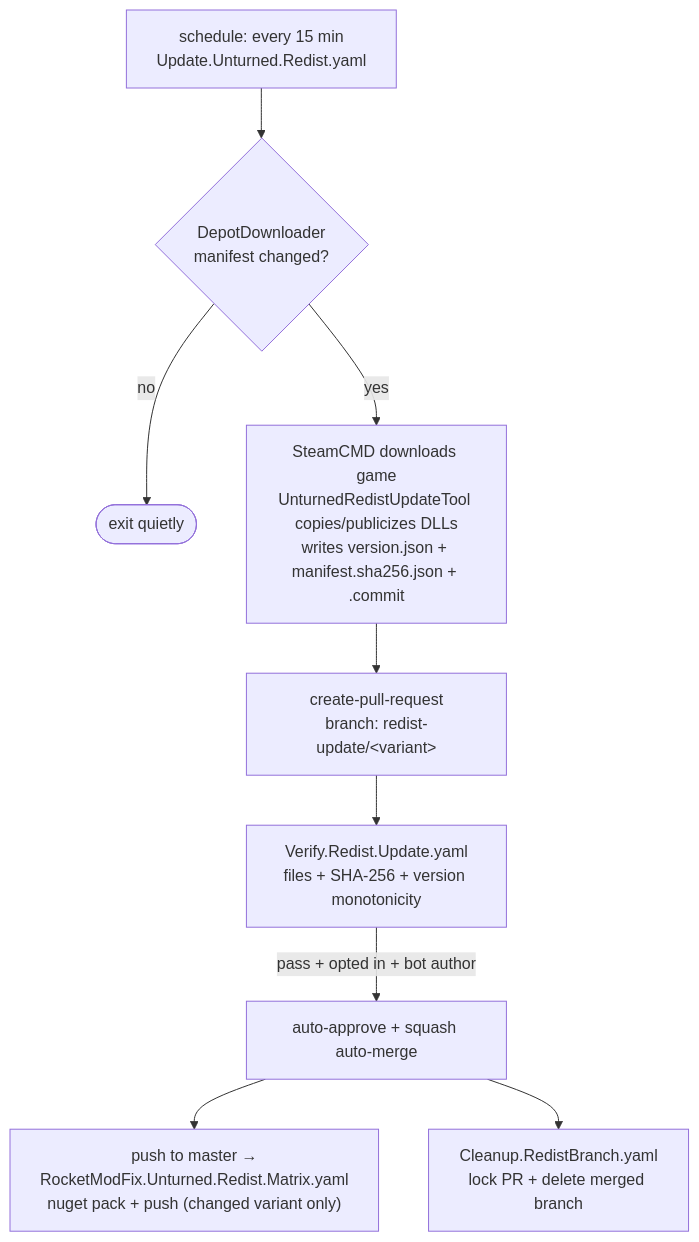
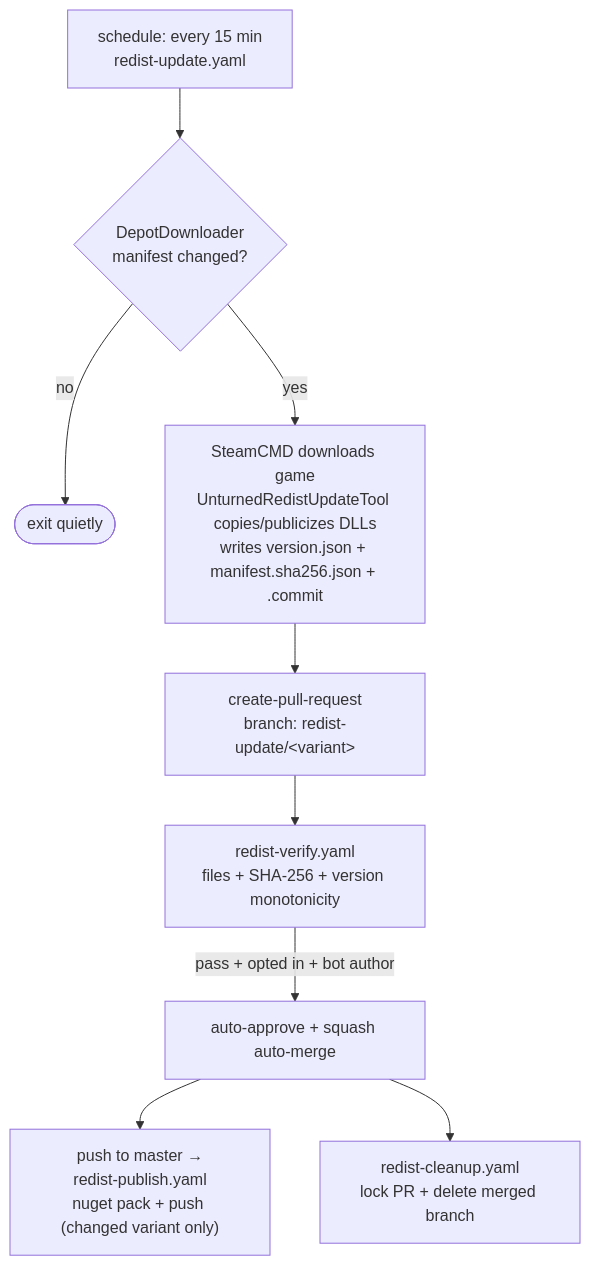
One commit to RocketModFix/RocketModFix.Unturned.Redist changed the diagram in ARCHITECTURE.md. Above: the diagram before and after it, drawn with Mermaid. The commit also changed other lines of this file and 5 other files, not shown here.

First line of the commit message:
Rename workflows to redist-<purpose>.yaml; align display names + docs

````diff
--- a/ARCHITECTURE.md
+++ b/ARCHITECTURE.md
@@ -16,11 +16,11 @@
 ```mermaid
 flowchart TD
-    cron["schedule: every 15 min<br/>Update.Unturned.Redist.yaml"] --> probe{"DepotDownloader<br/>manifest changed?"}
+    cron["schedule: every 15 min<br/>redist-update.yaml"] --> probe{"DepotDownloader<br/>manifest changed?"}
     probe -- no --> done([exit quietly])
     probe -- yes --> dl["SteamCMD downloads game<br/>UnturnedRedistUpdateTool copies/publicizes DLLs<br/>writes version.json + manifest.sha256.json + .commit"]
     dl --> pr["create-pull-request<br/>branch: redist-update/&lt;variant&gt;"]
-    pr --> verify["Verify.Redist.Update.yaml<br/>files + SHA-256 + version monotonicity"]
+    pr --> verify["redist-verify.yaml<br/>files + SHA-256 + version monotonicity"]
     verify -- pass + opted in + bot author --> merge["auto-approve + squash auto-merge"]
-    merge --> push["push to master →<br/>RocketModFix.Unturned.Redist.Matrix.yaml<br/>nuget pack + push (changed variant only)"]
-    merge --> cleanup["Cleanup.RedistBranch.yaml<br/>lock PR + delete merged branch"]
+    merge --> push["push to master →<br/>redist-publish.yaml<br/>nuget pack + push (changed variant only)"]
+    merge --> cleanup["redist-cleanup.yaml<br/>lock PR + delete merged branch"]
 ```
````
